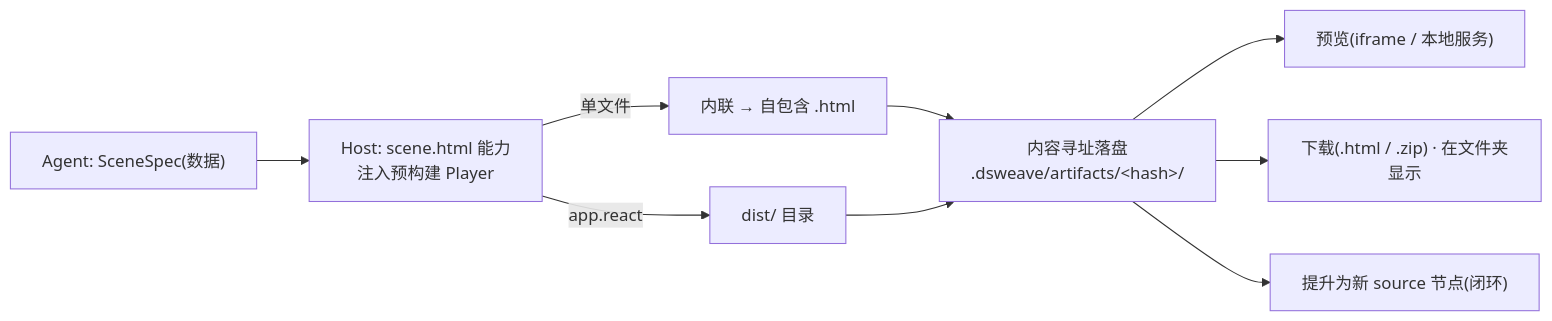
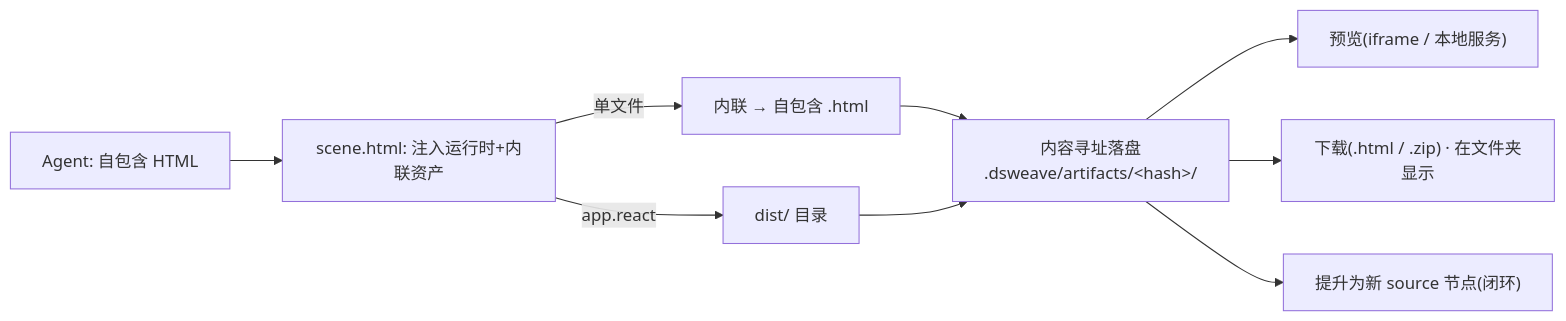
Before and after one commit to creativedswork/DSWeave: the fifth of 5 diagrams in docs/01-architecture.md, drawn with Mermaid. The commit also changed other lines of this file and 6 other files, not shown here.

Commit message:
docs: 同步「Agent 直接写 HTML」架构，重写设计文档与 README

````diff
--- a/docs/01-architecture.md
+++ b/docs/01-architecture.md
@@ -179,11 +180,11 @@
 ```mermaid
 flowchart LR
-  A["Agent: SceneSpec(数据)"] --> CAP["Host: scene.html 能力<br/>注入预构建 Player"]
+  A["Agent: 自包含 HTML"] --> CAP["scene.html: 注入运行时+内联资产"]
   CAP -->|单文件| H1["内联 → 自包含 .html"]
   CAP -->|app.react| H2["dist/ 目录"]
   H1 --> ST["内容寻址落盘<br/>.dsweave/artifacts/&lt;hash&gt;/"]
   H2 --> ST
   ST --> V1["预览(iframe / 本地服务)"]
   ST --> V2["下载(.html / .zip) · 在文件夹显示"]
   ST --> V3["提升为新 source 节点(闭环)"]
 ```
````
